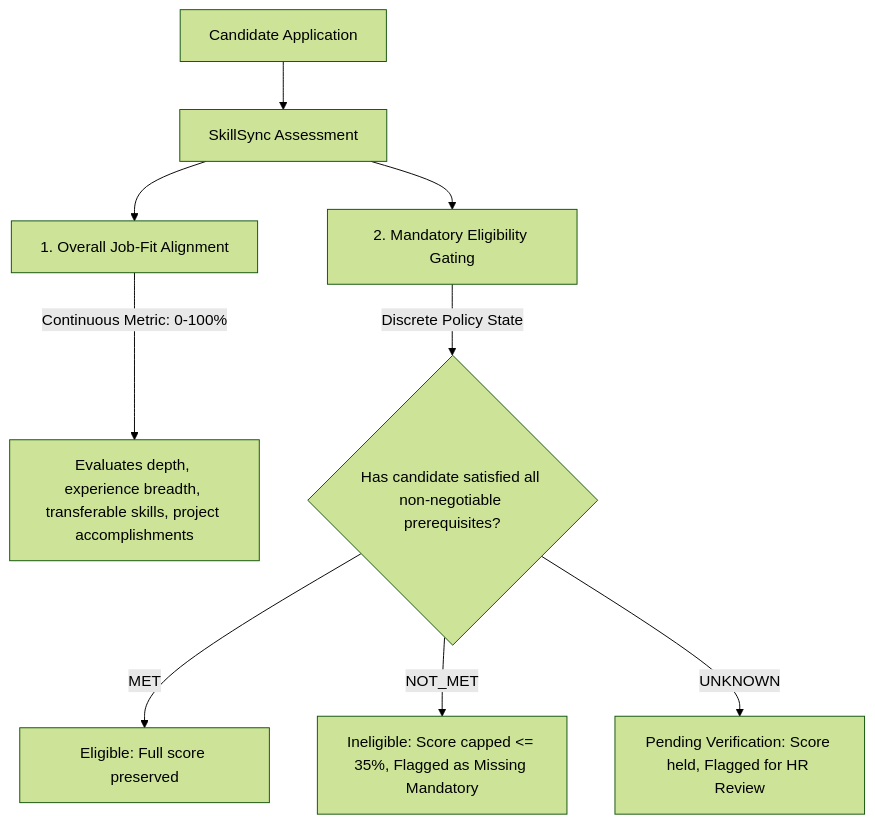
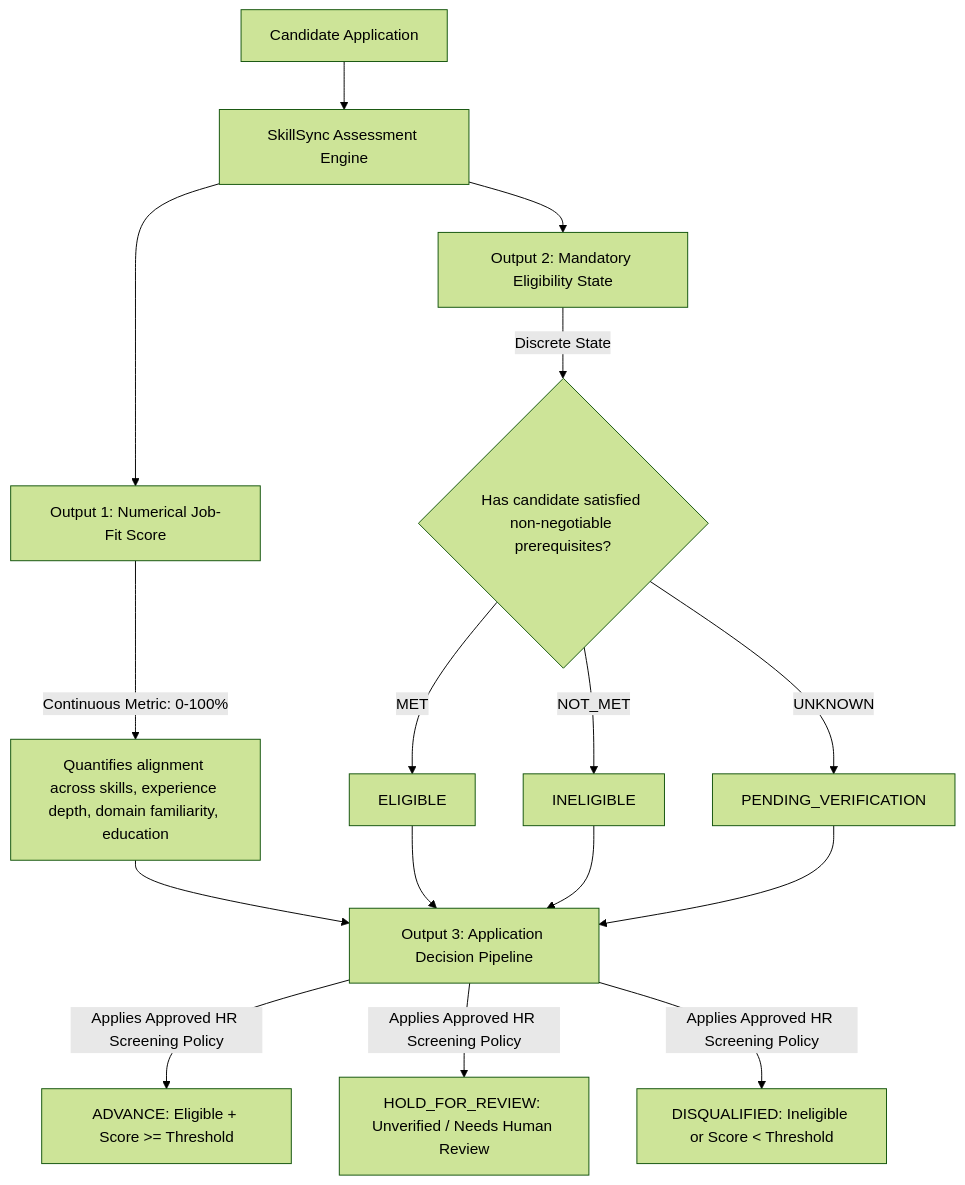
The diagram in docs/mandatory-qualification-gating-rfc.md (cinDaiki/skillsync), drawn with Mermaid (forest theme) before and after one commit. The commit also changed other lines of this file and 3 other files, not shown here.

Commit message:
feat(evaluation): add HR pilot execution readiness review, 3-output evaluation model, and governance checklist

````diff
--- a/docs/mandatory-qualification-gating-rfc.md
+++ b/docs/mandatory-qualification-gating-rfc.md
@@ -31,13 +31,22 @@
 ```mermaid
 graph TD
-    A[Candidate Application] --> B[SkillSync Assessment]
-    B --> C[1. Overall Job-Fit Alignment]
-    B --> D[2. Mandatory Eligibility Gating]
+    A[Candidate Application] --> B[SkillSync Assessment Engine]
+    B --> C[Output 1: Numerical Job-Fit Score]
+    B --> D[Output 2: Mandatory Eligibility State]
     
-    C -->|Continuous Metric: 0-100%| C1[Evaluates depth, experience breadth, transferable skills, project accomplishments]
-    D -->|Discrete Policy State| D1{Has candidate satisfied all non-negotiable prerequisites?}
+    C -->|Continuous Metric: 0-100%| C1[Quantifies alignment across skills, experience depth, domain familiarity, education]
+    D -->|Discrete State| D1{Has candidate satisfied non-negotiable prerequisites?}
     
-    D1 -->|MET| E1[Eligible: Full score preserved]
-    D1 -->|NOT_MET| E2[Ineligible: Score capped <= 35%, Flagged as Missing Mandatory]
-    D1 -->|UNKNOWN| E3[Pending Verification: Score held, Flagged for HR Review]
+    D1 -->|MET| E1[ELIGIBLE]
+    D1 -->|NOT_MET| E2[INELIGIBLE]
+    D1 -->|UNKNOWN| E3[PENDING_VERIFICATION]
+    
+    C1 --> F[Output 3: Application Decision Pipeline]
+    E1 --> F
+    E2 --> F
+    E3 --> F
+    
+    F -->|Applies Approved HR Screening Policy| G1[ADVANCE: Eligible + Score >= Threshold]
+    F -->|Applies Approved HR Screening Policy| G2[HOLD_FOR_REVIEW: Unverified / Needs Human Review]
+    F -->|Applies Approved HR Screening Policy| G3[DISQUALIFIED: Ineligible or Score < Threshold]
 ```
````
